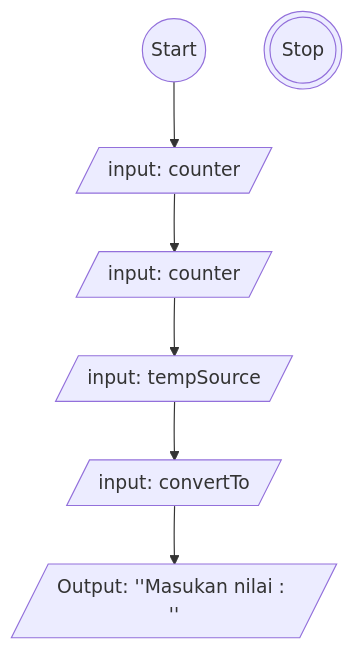
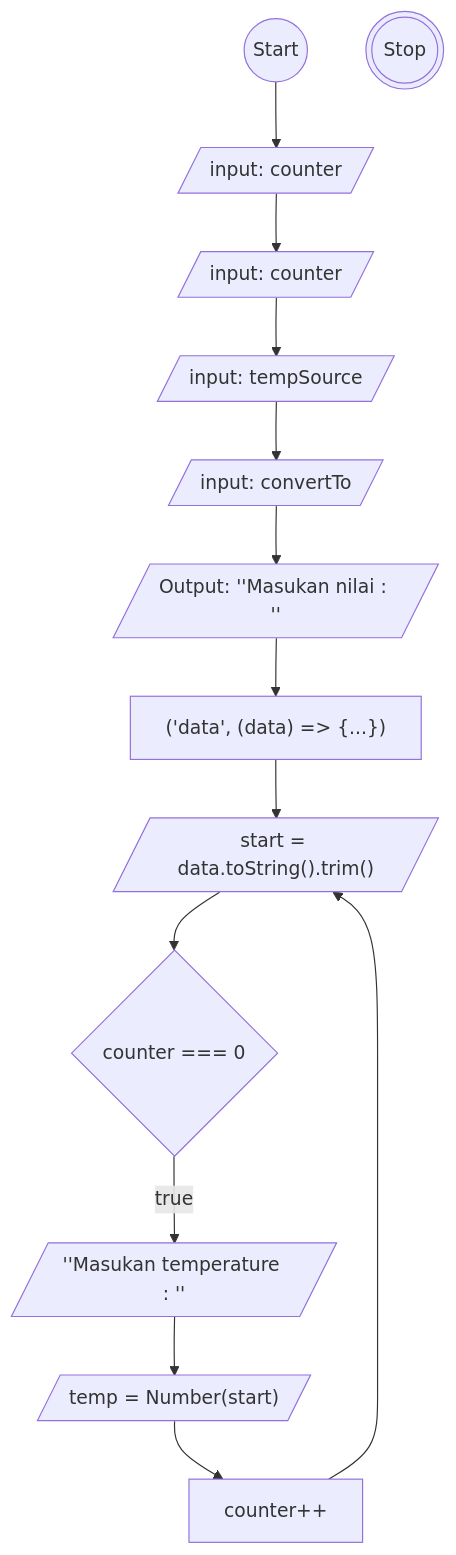
The diagram in konversi-suhu/task.md (AbiPasundan/koda-b6-homework2), drawn with Mermaid before and after one commit. The commit also changed 1 other file, not shown here.

````diff
--- a/konversi-suhu/task.md
+++ b/konversi-suhu/task.md
@@ -5,15 +5,28 @@
 ```mermaid
     flowchart TB
         Start@{ shape: circ, label: "Start"}
 
         counter@{ shape: lean-r, label: "input: counter"}
-        temp@{ shape: lean-r, label: "input: counter"}
+        temperature@{ shape: lean-r, label: "input: counter"}
         tempSource@{ shape: lean-r, label: "input: tempSource"}
         convertTo@{ shape: lean-r, label: "input: convertTo"}
         firstPrint@{ shape: lean-r, label: "Output: ''Masukan nilai : ''"}
-        
-        Start-->counter-->temp-->tempSource-->convertTo-->firstPrint
+
+        %% PROSES BAKALAN PENTING !!!
+        proccess@{ shape: rect, label: "('data', (data) => {...})"}
+
+        starting@{ shape: lean-r, label: "start = data.toString().trim()"}
+
+        %% CONDITION
+        counter0@{ shape: diamond, label: "counter === 0"}
+        counter0True@{ shape: lean-r, label: "''Masukan temperature : ''"}
+        temp0@{ shape: lean-r, label: "temp = Number(start)"}
+        counterInc0@{ shape: rect, label: "counter++"}
+
+        %% temp = Number(start)
+
+        Start-->counter-->temperature-->tempSource-->convertTo-->firstPrint-->proccess-->starting-->counter0-->|true|counter0True-->temp0-->counterInc0-->starting
 
         Stop@{ shape: dbl-circ, label: "Stop"}
 
 ```
````
